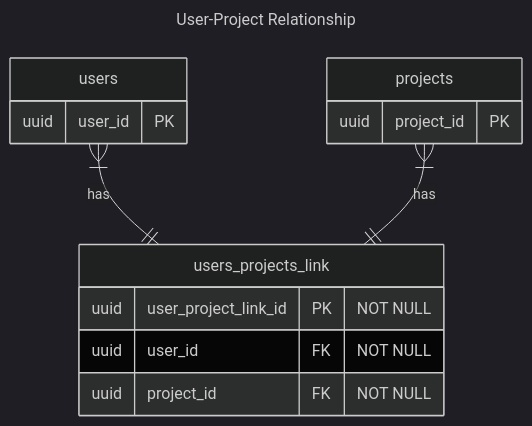
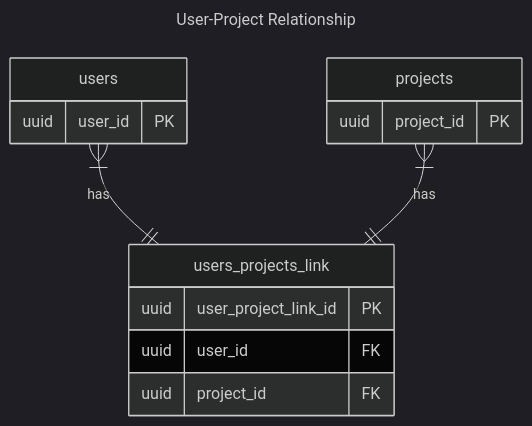
Before and after one commit to jujoycode/hydra: the fifth of 6 diagrams in docs/table-erd.md, drawn with Mermaid (dark theme).

Commit message:
:bug: 오기 수정

````diff
--- a/docs/table-erd.md
+++ b/docs/table-erd.md
@@ -65,23 +65,23 @@
 ```mermaid
 ---
 title: User-Project Relationship
 ---
 
 erDiagram
     users {
         uuid user_id PK
     }
 
     projects {
         uuid project_id PK
     }
 
     users_projects_link {
-        uuid user_project_link_id PK "NOT NULL"
-        uuid user_id FK "NOT NULL"
-        uuid project_id FK "NOT NULL"
+        uuid user_project_link_id PK
+        uuid user_id FK
+        uuid project_id FK
     }
 
     users }|--|| users_projects_link : "has"
     projects }|--|| users_projects_link : "has"
 ```
````
